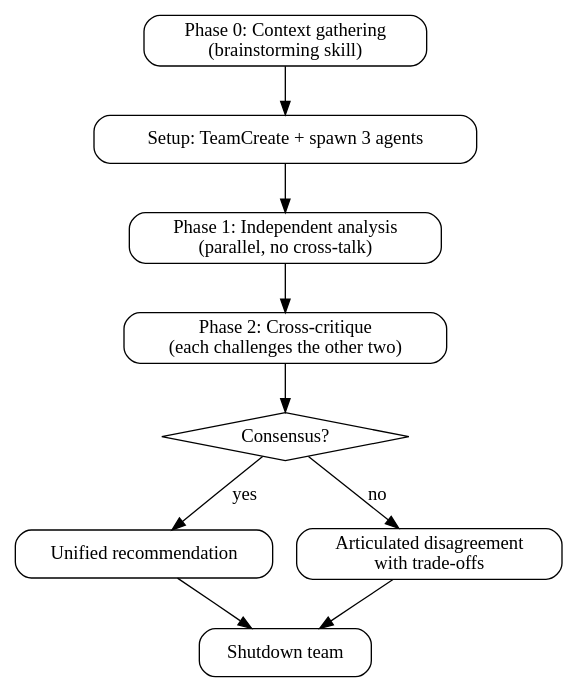
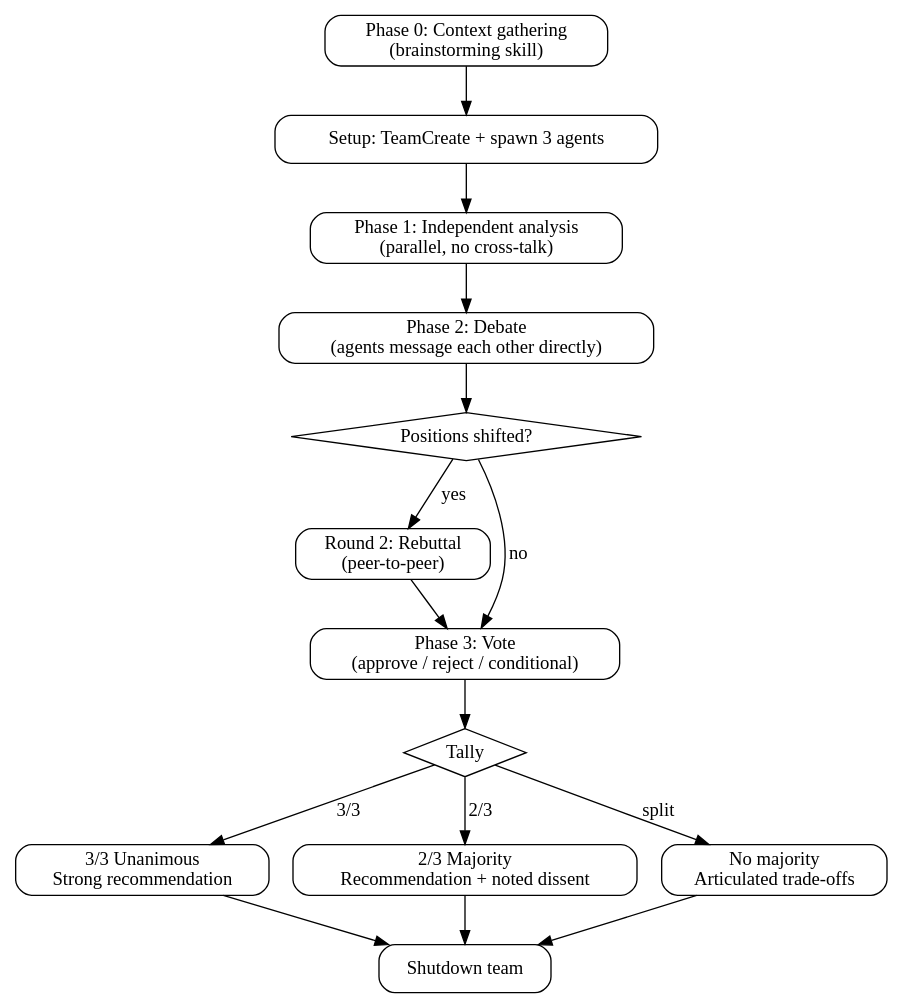
The diagram in skills/magi/SKILL.md (vinta/hal-9000), drawn with Graphviz before and after one commit. The commit also changed other lines of this file, not shown here.

First line of the commit message:
docs: add peer-to-peer debate and voting to MAGI workflow

````diff
--- a/skills/magi/SKILL.md
+++ b/skills/magi/SKILL.md
@@ -41,21 +41,31 @@
 ```dot
 digraph magi_flow {
     rankdir=TB;
     node [shape=box, style=rounded];
 
     gather [label="Phase 0: Context gathering\n(brainstorming skill)"];
     setup [label="Setup: TeamCreate + spawn 3 agents"];
     p1 [label="Phase 1: Independent analysis\n(parallel, no cross-talk)"];
-    p2 [label="Phase 2: Cross-critique\n(each challenges the other two)"];
-    decide [label="Consensus?" shape=diamond style=""];
-    yes [label="Unified recommendation"];
-    no [label="Articulated disagreement\nwith trade-offs"];
+    p2 [label="Phase 2: Debate\n(agents message each other directly)"];
+    shifted [label="Positions shifted?" shape=diamond style=""];
+    p2r2 [label="Round 2: Rebuttal\n(peer-to-peer)"];
+    p3 [label="Phase 3: Vote\n(approve / reject / conditional)"];
+    tally [label="Tally" shape=diamond style=""];
+    unanimous [label="3/3 Unanimous\nStrong recommendation"];
+    majority [label="2/3 Majority\nRecommendation + noted dissent"];
+    split [label="No majority\nArticulated trade-offs"];
     done [label="Shutdown team"];
 
-    gather -> setup -> p1 -> p2 -> decide;
-    decide -> yes [label="yes"];
-    decide -> no [label="no"];
-    yes -> done;
-    no -> done;
+    gather -> setup -> p1 -> p2 -> shifted;
+    shifted -> p2r2 [label="yes"];
+    shifted -> p3 [label="no"];
+    p2r2 -> p3;
+    p3 -> tally;
+    tally -> unanimous [label="3/3"];
+    tally -> majority [label="2/3"];
+    tally -> split [label="split"];
+    unanimous -> done;
+    majority -> done;
+    split -> done;
 }
 ```
````
